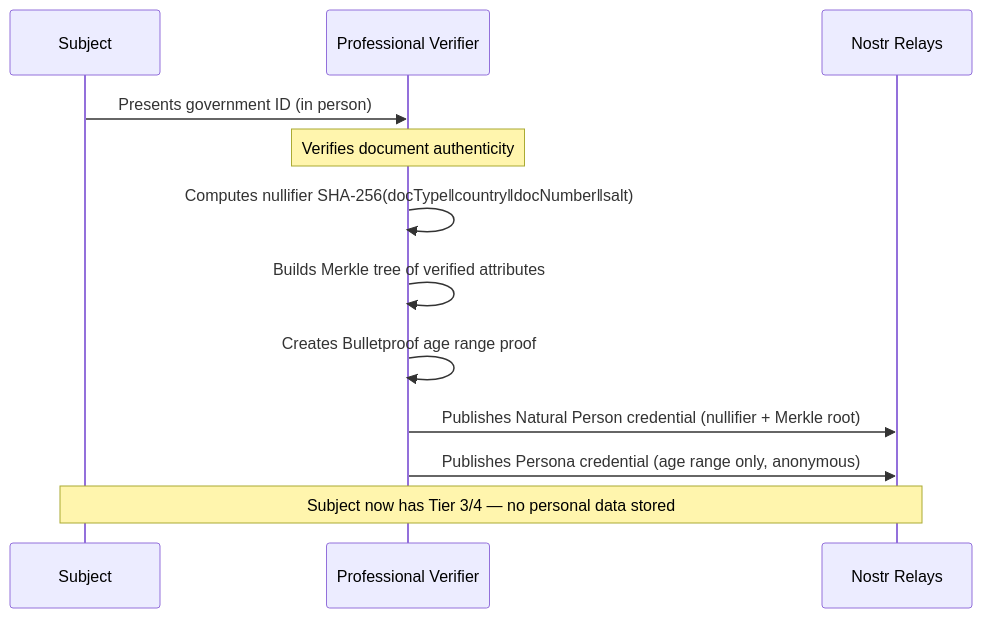
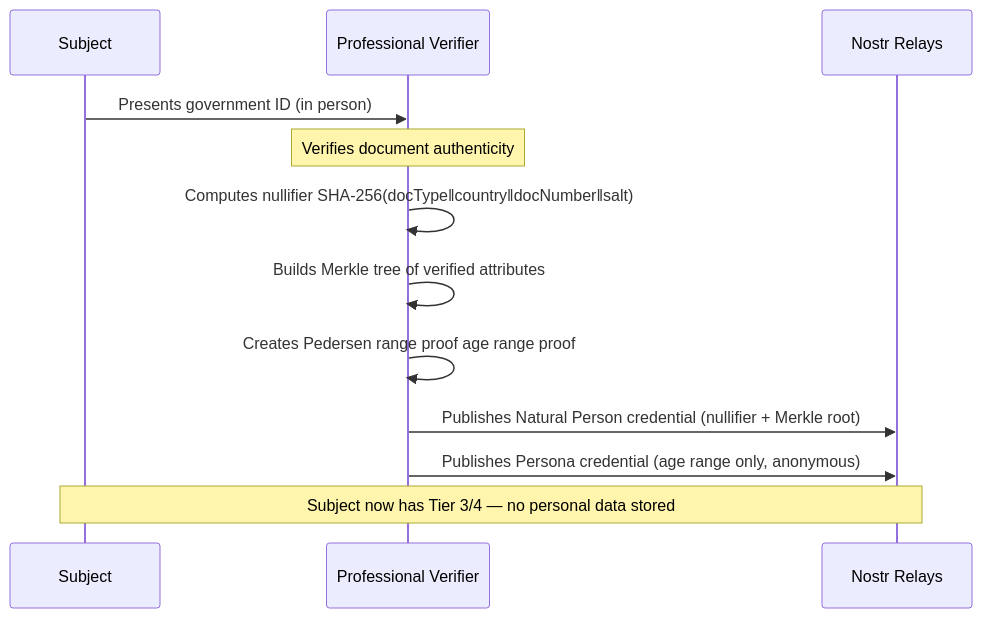
Before and after one commit to forgesworn/signet: the third of 5 diagrams in docs/index.md, drawn with Mermaid. The commit also changed other lines of this file and 3 other files, not shown here.

Commit message:
docs: update spec for generic attestation kind architecture

````diff
--- a/docs/index.md
+++ b/docs/index.md
@@ -63,15 +63,15 @@
 ```mermaid
 sequenceDiagram
     participant S as Subject
     participant V as Professional Verifier
     participant R as Nostr Relays
 
     S->>V: Presents government ID (in person)
     Note over V: Verifies document authenticity
     V->>V: Computes nullifier SHA-256(docType‖country‖docNumber‖salt)
     V->>V: Builds Merkle tree of verified attributes
-    V->>V: Creates Bulletproof age range proof
+    V->>V: Creates Pedersen range proof age range proof
     V->>R: Publishes Natural Person credential (nullifier + Merkle root)
     V->>R: Publishes Persona credential (age range only, anonymous)
     Note over S,R: Subject now has Tier 3/4 — no personal data stored
 ```
````
